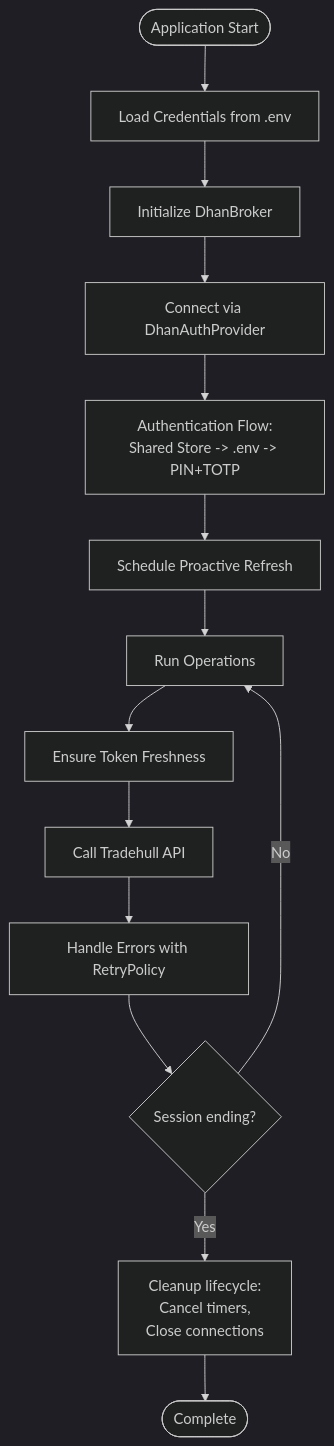
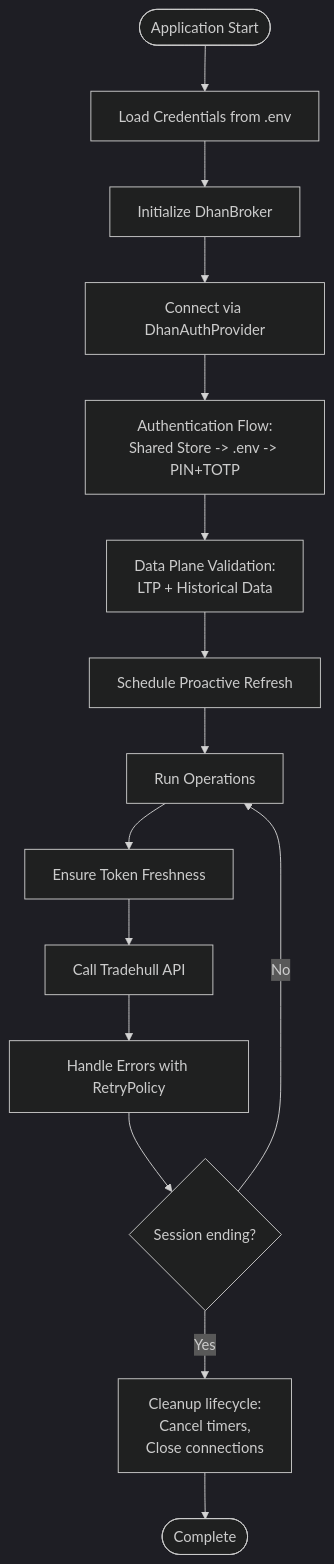
Before and after one commit to Ganesh-Kusundal/nTrade: the eighth of 9 diagrams in .qoder/repowiki/en/content/Broker Integration/Authentication & Security.md, drawn with Mermaid (dark theme). The commit also changed other lines of this file and 203 other files, not shown here.

First line of the commit message:
review findings sweep: depth retry, LTP failure guard, stale-refresh fix, rate-gate blocked heuristic

````diff
--- a/.qoder/repowiki/en/content/Broker Integration/Authentication & Security.md
+++ b/.qoder/repowiki/en/content/Broker Integration/Authentication & Security.md
@@ -546,16 +563,17 @@
 ```mermaid
 flowchart TD
 Start(["Application Start"]) --> LoadCreds["Load Credentials from .env"]
 LoadCreds --> InitBroker["Initialize DhanBroker"]
 InitBroker --> Connect["Connect via DhanAuthProvider"]
 Connect --> AuthFlow["Authentication Flow:<br/>Shared Store -> .env -> PIN+TOTP"]
-AuthFlow --> ScheduleRefresh["Schedule Proactive Refresh"]
+AuthFlow --> DataPlaneValidation["Data Plane Validation:<br/>LTP + Historical Data"]
+DataPlaneValidation --> ScheduleRefresh["Schedule Proactive Refresh"]
 ScheduleRefresh --> RunOps["Run Operations"]
 RunOps --> EnsureFresh["Ensure Token Freshness"]
 EnsureFresh --> CallAPI["Call Tradehull API"]
 CallAPI --> HandleErrors["Handle Errors with RetryPolicy"]
 HandleErrors --> SessionEnd{"Session ending?"}
 SessionEnd --> |No| RunOps
 SessionEnd --> |Yes| Cleanup["Cleanup lifecycle:<br/>Cancel timers,<br/>Close connections"]
 Cleanup --> End(["Complete"])
 ```
````
